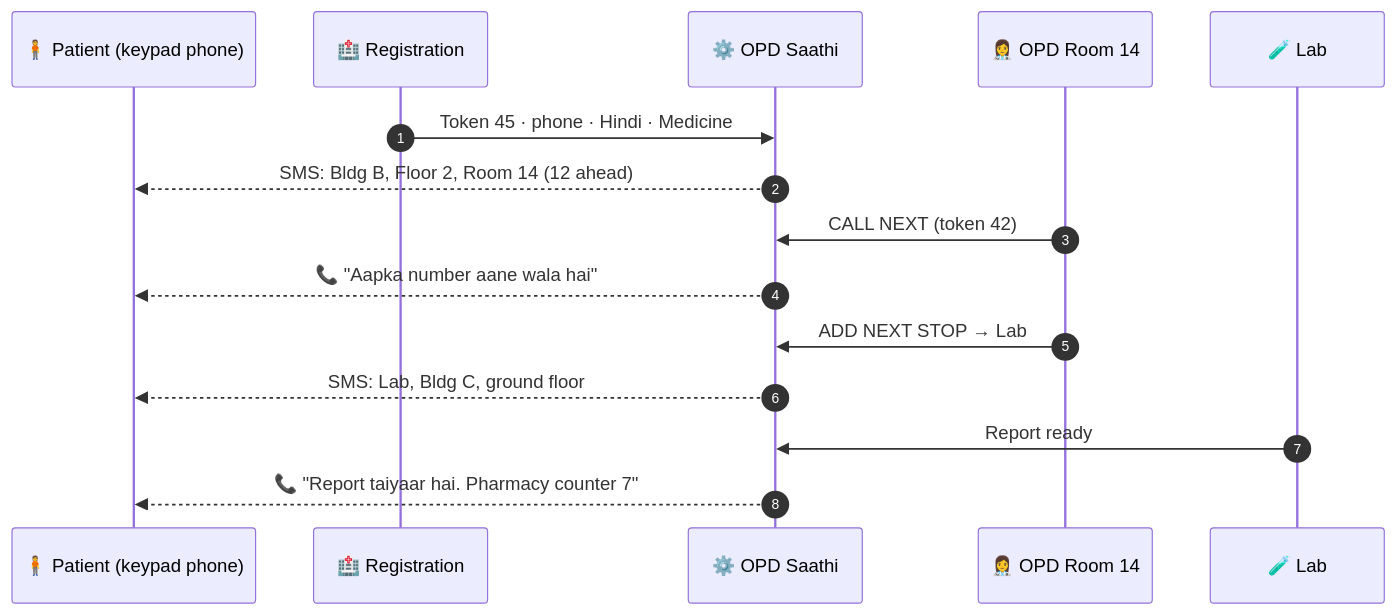
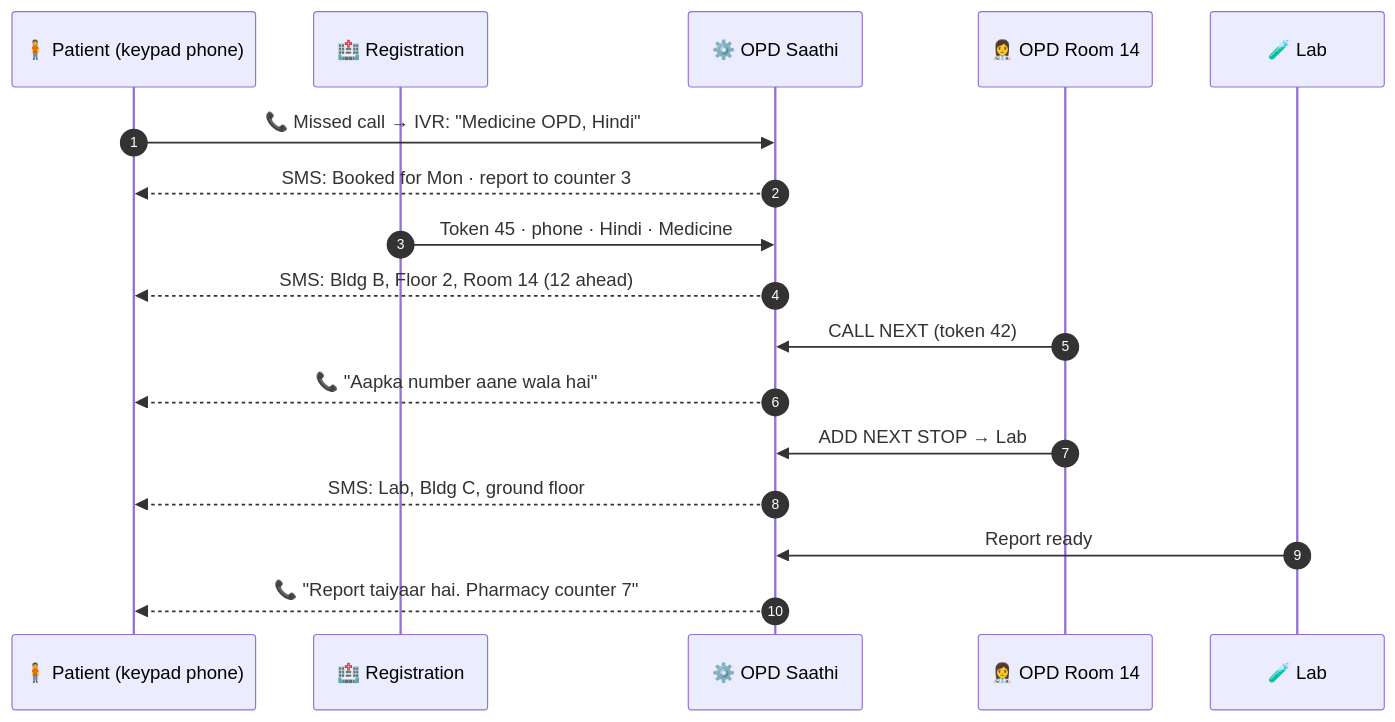
Before and after one commit to abhishekgoswami0720/opd-saathi: the second of 2 diagrams in README.md, drawn with Mermaid. The commit also changed other lines of this file and 1 other file, not shown here.

````diff
--- a/README.md
+++ b/README.md
@@ -121,18 +139,20 @@
 ```mermaid
 sequenceDiagram
     autonumber
     participant P as 🧍 Patient (keypad phone)
     participant R as 🏥 Registration
     participant O as ⚙️ OPD Saathi
     participant D as 👩‍⚕️ OPD Room 14
     participant L as 🧪 Lab
 
+    P->>O: 📞 Missed call → IVR: "Medicine OPD, Hindi"
+    O-->>P: SMS: Booked for Mon · report to counter 3
     R->>O: Token 45 · phone · Hindi · Medicine
     O-->>P: SMS: Bldg B, Floor 2, Room 14 (12 ahead)
     D->>O: CALL NEXT (token 42)
     O-->>P: 📞 "Aapka number aane wala hai"
     D->>O: ADD NEXT STOP → Lab
     O-->>P: SMS: Lab, Bldg C, ground floor
     L->>O: Report ready
     O-->>P: 📞 "Report taiyaar hai. Pharmacy counter 7"
 ```
````
